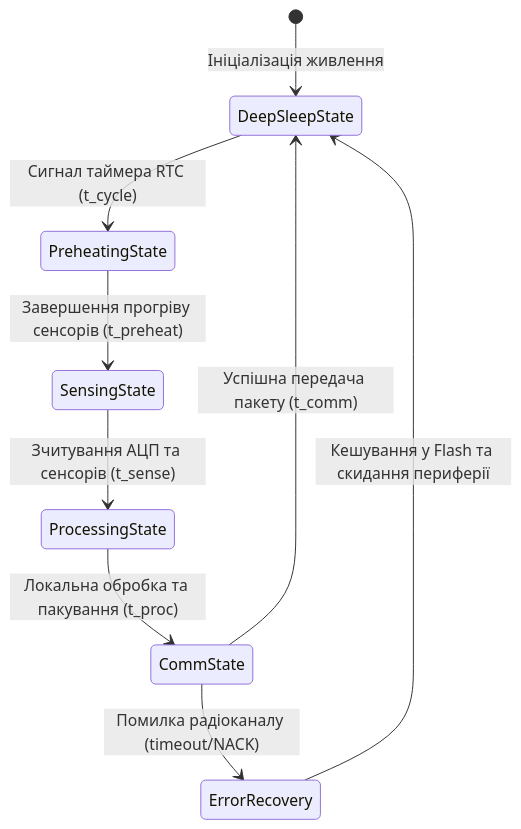
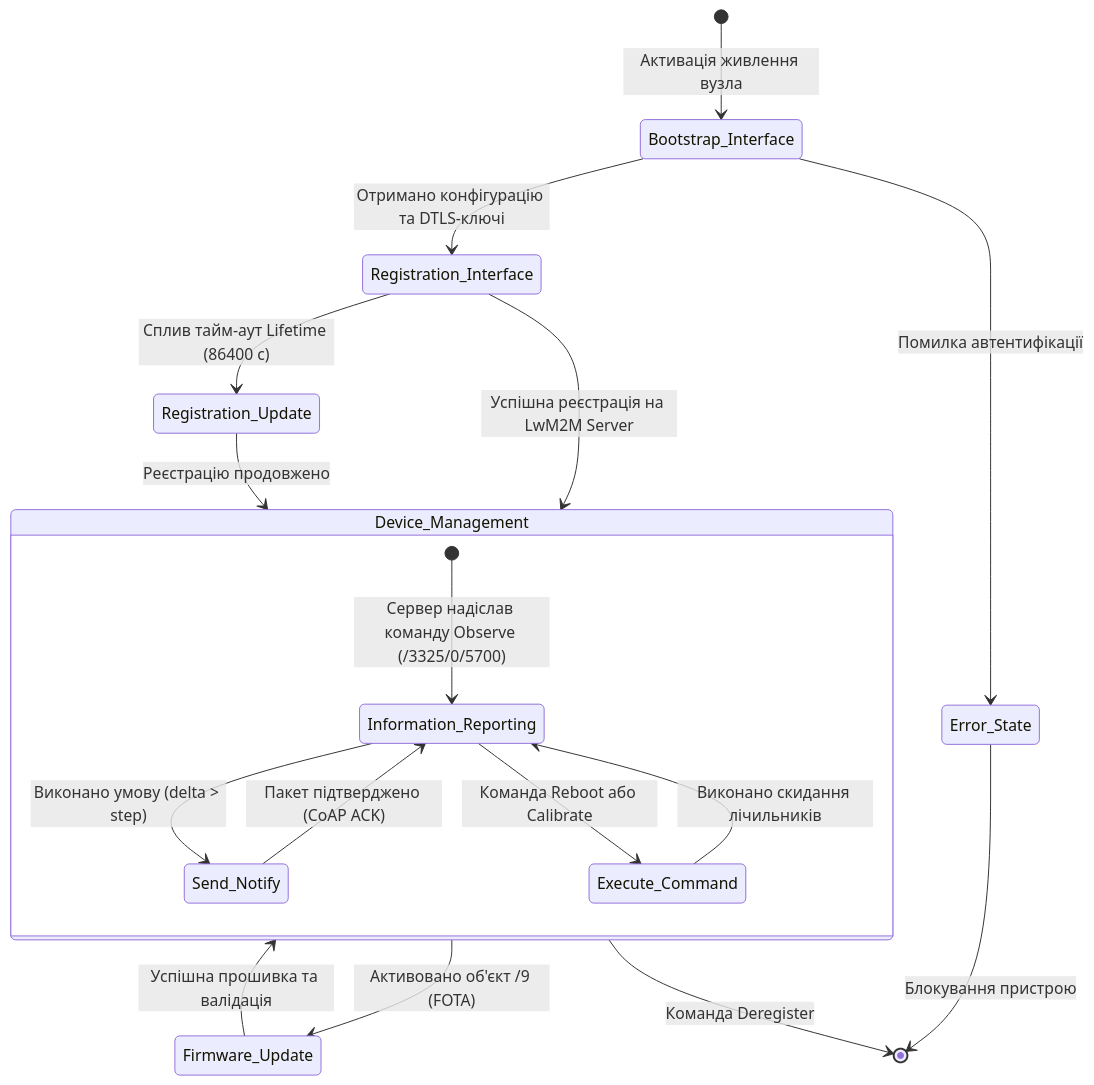
Before and after one commit to KyryloVadurin/eco-systems-analytics: the second of 4 diagrams in docs/lk/lk2.md, drawn with Mermaid. The commit also changed other lines of this file and 9 other files, not shown here.

````diff
--- a/docs/lk/lk2.md
+++ b/docs/lk/lk2.md
@@ -124,11 +108,23 @@
 ```mermaid
 stateDiagram-v2
-    [*] --> DeepSleepState: Ініціалізація живлення
-    DeepSleepState --> PreheatingState: Сигнал таймера RTC (t_cycle)
-    PreheatingState --> SensingState: Завершення прогріву сенсорів (t_preheat)
-    SensingState --> ProcessingState: Зчитування АЦП та сенсорів (t_sense)
-    ProcessingState --> CommState: Локальна обробка та пакування (t_proc)
-    CommState --> DeepSleepState: Успішна передача пакету (t_comm)
-    CommState --> ErrorRecovery: Помилка радіоканалу (timeout/NACK)
-    ErrorRecovery --> DeepSleepState: Кешування у Flash та скидання периферії
+    [*] --> Bootstrap_Interface: Активація живлення вузла
+    Bootstrap_Interface --> Registration_Interface: Отримано конфігурацію та DTLS-ключі
+    Bootstrap_Interface --> Error_State: Помилка автентифікації
+    
+    Registration_Interface --> Device_Management: Успішна реєстрація на LwM2M Server
+    Registration_Interface --> Registration_Update: Сплив тайм-аут Lifetime (86400 с)
+    Registration_Update --> Device_Management: Реєстрацію продовжено
+    
+    state Device_Management {
+        [*] --> Information_Reporting: Сервер надіслав команду Observe (/3325/0/5700)
+        Information_Reporting --> Send_Notify: Виконано умову (delta > step)
+        Send_Notify --> Information_Reporting: Пакет підтверджено (CoAP ACK)
+        Information_Reporting --> Execute_Command: Команда Reboot або Calibrate
+        Execute_Command --> Information_Reporting: Виконано скидання лічильників
+    }
+    
+    Device_Management --> Firmware_Update: Активовано об'єкт /9 (FOTA)
+    Firmware_Update --> Device_Management: Успішна прошивка та валідація
+    Device_Management --> [*]: Команда Deregister
+    Error_State --> [*]: Блокування пристрою
 ```
````
